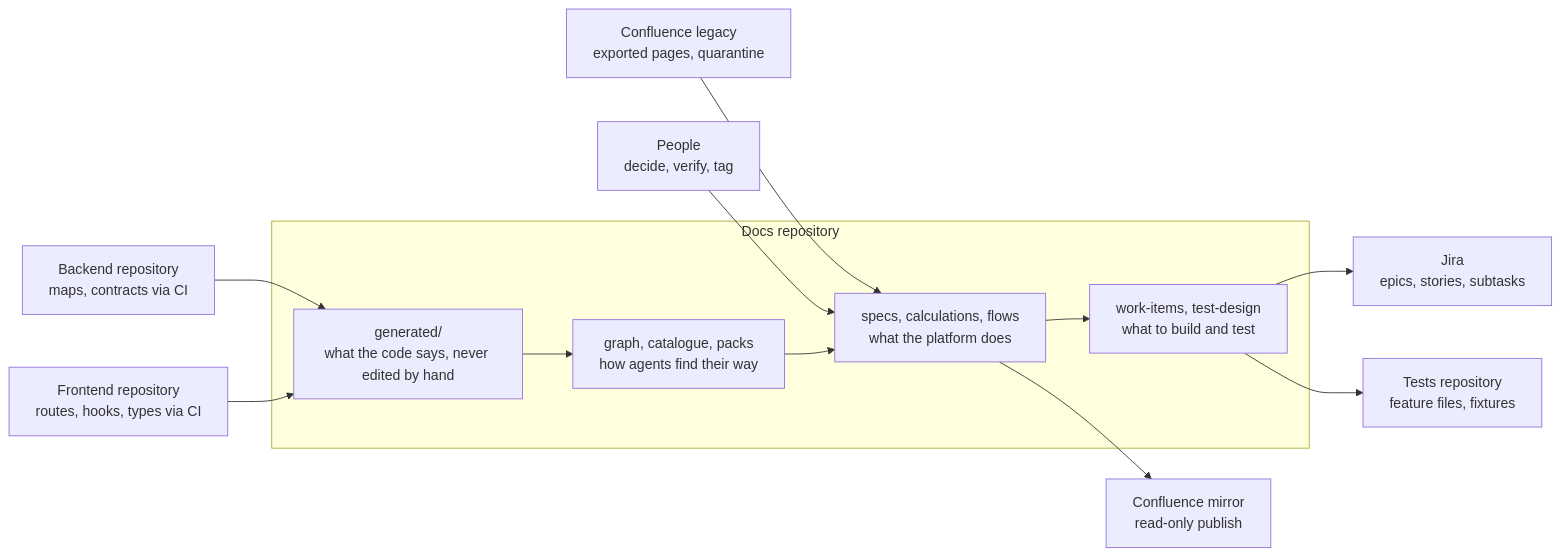
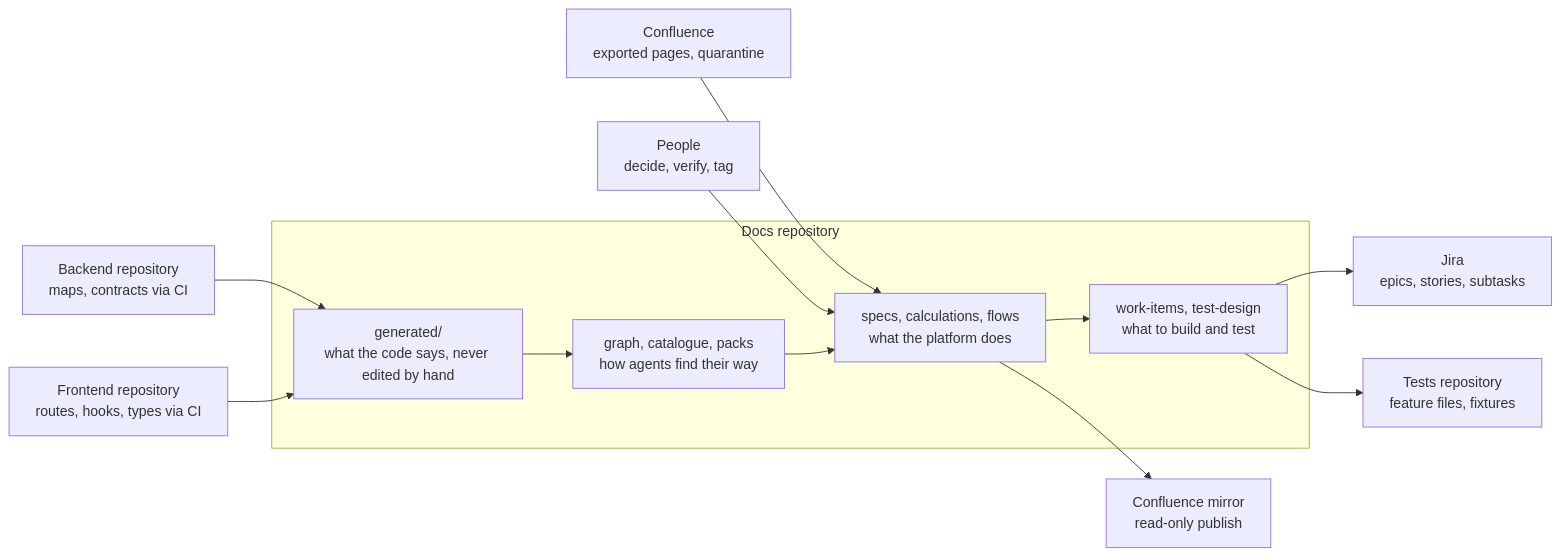
Before and after one commit to NatSjm/investigation: the first of 2 diagrams in docs-repo/CONCEPT.md, drawn with Mermaid. The commit also changed other lines of this file and 71 other files, not shown here.

````diff
--- a/docs-repo/CONCEPT.md
+++ b/docs-repo/CONCEPT.md
@@ -37,15 +37,15 @@
 ```mermaid
 flowchart LR
   BE[Backend repository<br/>maps, contracts via CI] --> GEN
   FE[Frontend repository<br/>routes, hooks, types via CI] --> GEN
-  CONF[Confluence legacy<br/>exported pages, quarantine] --> SPEC
+  CONF[Confluence<br/>exported pages, quarantine] --> SPEC
   PEOPLE[People<br/>decide, verify, tag] --> SPEC
   subgraph DOCS[Docs repository]
     GEN[generated/<br/>what the code says, never edited by hand] --> GRAPH[graph, catalogue, packs<br/>how agents find their way]
     GRAPH --> SPEC[specs, calculations, flows<br/>what the platform does]
     SPEC --> WI[work-items, test-design<br/>what to build and test]
   end
   SPEC --> MIRROR[Confluence mirror<br/>read-only publish]
   WI --> JIRA[Jira<br/>epics, stories, subtasks]
   WI --> TESTS[Tests repository<br/>feature files, fixtures]
 ```
````
